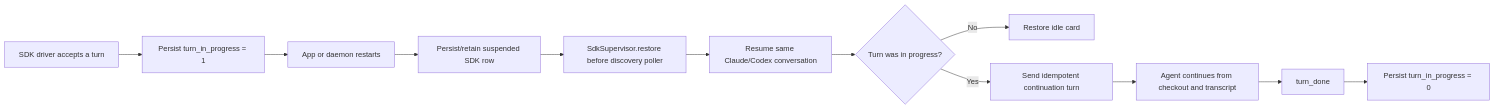
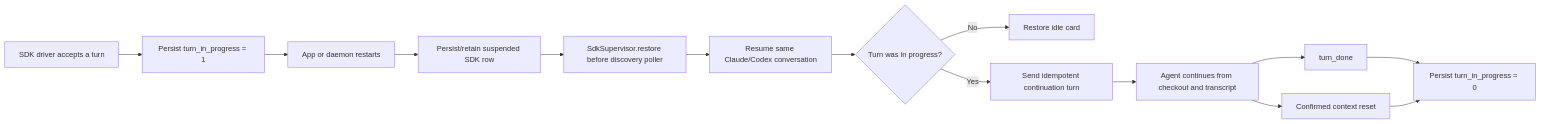
One commit to teamupstart/mission-control changed the diagram in docs/plans/sdk-session-auto-continue/plan.md. Above: the diagram before and after it, drawn with Mermaid. The commit also changed other lines of this file and 5 other files, not shown here.

````diff
--- a/docs/plans/sdk-session-auto-continue/plan.md
+++ b/docs/plans/sdk-session-auto-continue/plan.md
@@ -104,14 +106,16 @@
 ```mermaid
 flowchart LR
     A[SDK driver accepts a turn] --> B[Persist turn_in_progress = 1]
     B --> C[App or daemon restarts]
     C --> D[Persist/retain suspended SDK row]
     D --> E[SdkSupervisor.restore before discovery poller]
     E --> F[Resume same Claude/Codex conversation]
     F --> G{Turn was in progress?}
     G -- No --> H[Restore idle card]
     G -- Yes --> I[Send idempotent continuation turn]
     I --> J[Agent continues from checkout and transcript]
     J --> K[turn_done]
     K --> L[Persist turn_in_progress = 0]
+    J --> M[Confirmed context reset]
+    M --> L
 ```
````
